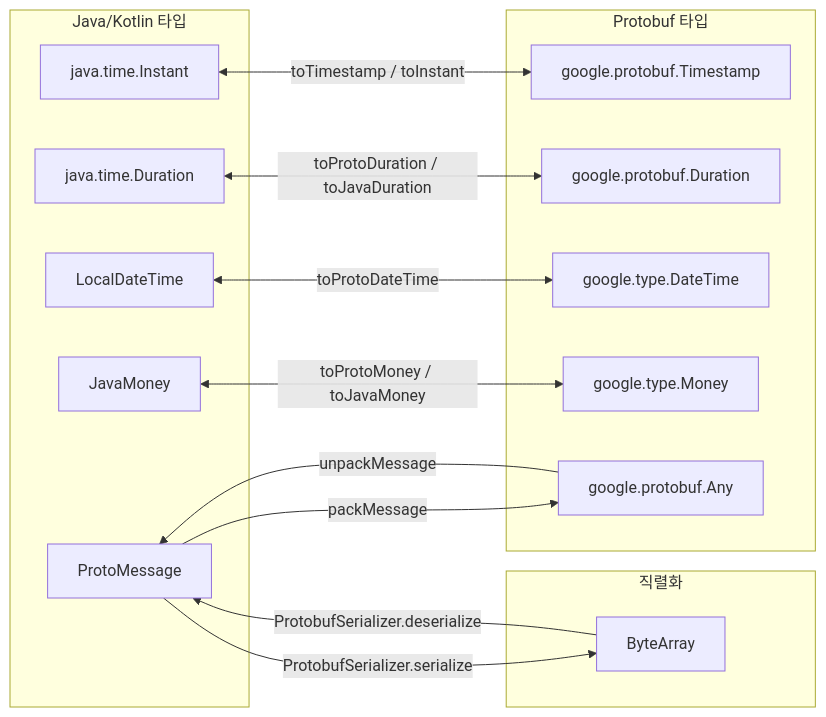
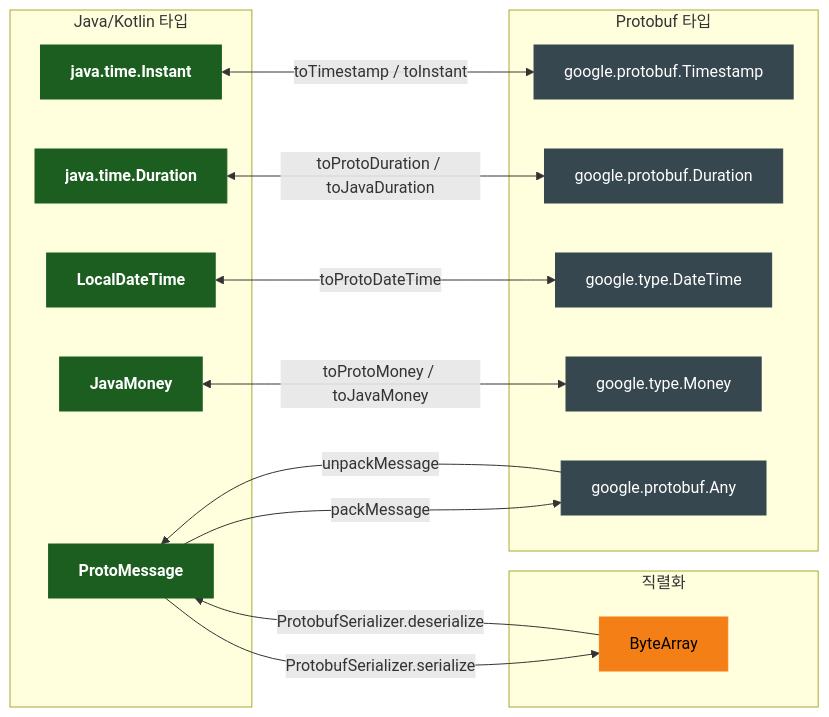
One commit to bluetape4k/bluetape4k-projects changed the second of 3 diagrams in io/protobuf/README.ko.md. Above: the diagram before and after it, drawn with Mermaid. The commit also changed other lines of this file and 221 other files, not shown here.

First line of the commit message:
docs: 전체 모듈 README UML 다이어그램 보강 및 색상 업그레이드

````diff
--- a/io/protobuf/README.ko.md
+++ b/io/protobuf/README.ko.md
@@ -67,31 +75,39 @@
 ```mermaid
 flowchart LR
     subgraph Java_Types["Java/Kotlin 타입"]
         INS[java.time.Instant]
         DUR[java.time.Duration]
         LDT[LocalDateTime]
         JM[JavaMoney]
         MSG[ProtoMessage]
     end
 
     subgraph Proto_Types["Protobuf 타입"]
         TS[google.protobuf.Timestamp]
         PD[google.protobuf.Duration]
         DT[google.type.DateTime]
         PM[google.type.Money]
         ANY[google.protobuf.Any]
     end
 
     subgraph 직렬화
         BA[ByteArray]
     end
 
     INS <-->|toTimestamp / toInstant| TS
     DUR <-->|toProtoDuration / toJavaDuration| PD
     LDT <-->|toProtoDateTime| DT
     JM <-->|toProtoMoney / toJavaMoney| PM
     MSG -->|packMessage| ANY
     ANY -->|unpackMessage| MSG
     MSG -->|ProtobufSerializer.serialize| BA
     BA -->|ProtobufSerializer.deserialize| MSG
+
+    classDef coreStyle fill:#1B5E20,stroke:#1B5E20,color:#FFFFFF,font-weight:bold
+    classDef extStyle fill:#37474F,stroke:#37474F,color:#FFFFFF
+    classDef dataStyle fill:#F57F17,stroke:#F57F17,color:#000000
+
+    class INS,DUR,LDT,JM,MSG coreStyle
+    class TS,PD,DT,PM,ANY extStyle
+    class BA dataStyle
 ```
````
